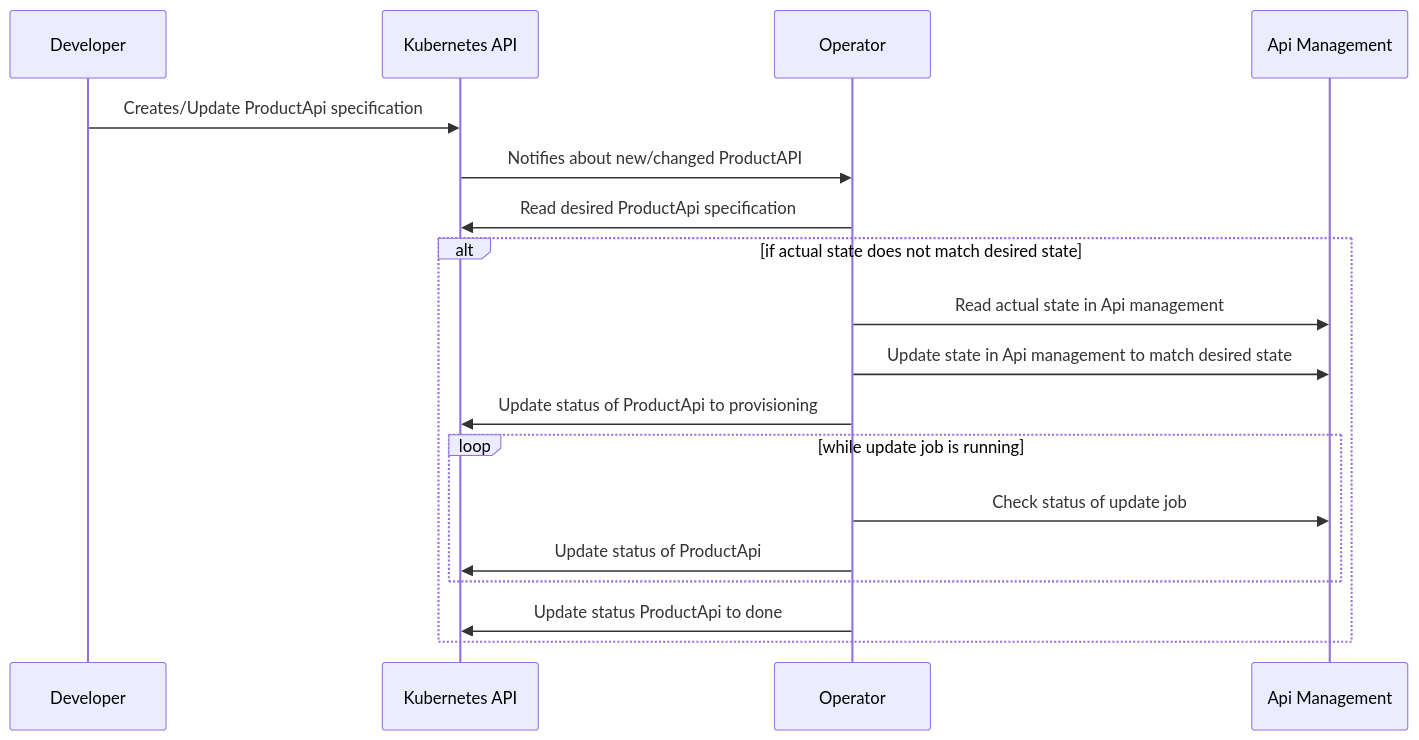
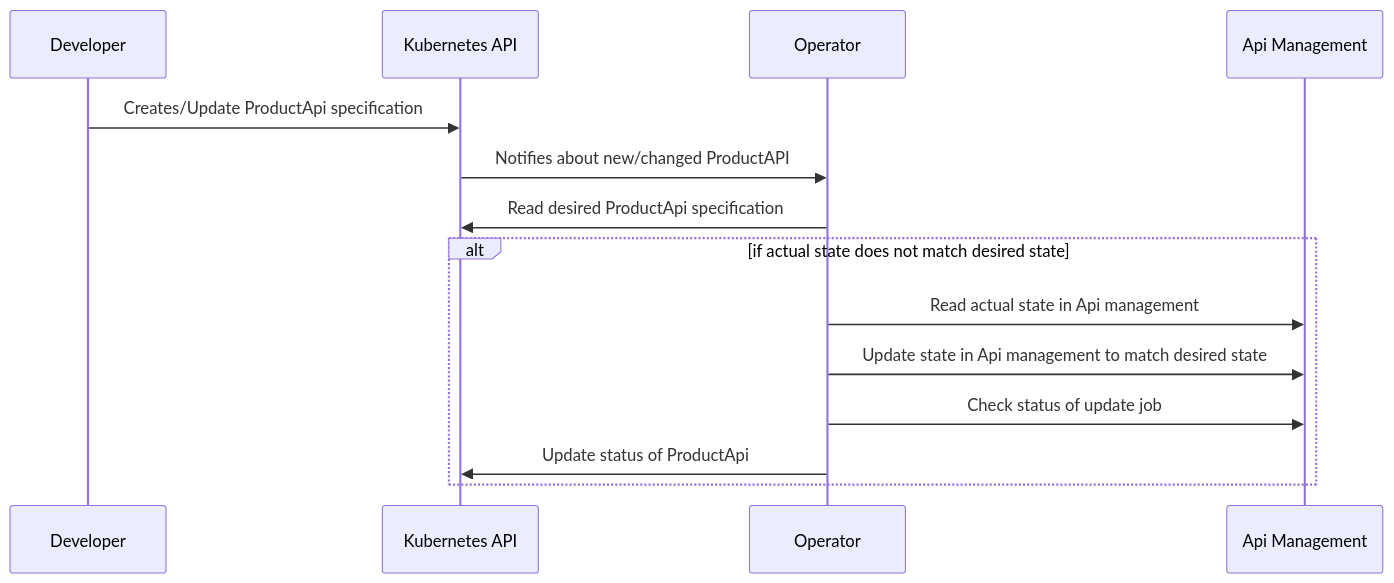
Before and after one commit to Altinn/altinn-platform: the second of 4 diagrams in rfcs/0000-operator-managed-apim-config.md, drawn with Mermaid. The commit also changed other lines of this file, not shown here.

Commit message:
fix: make the diagrams better reflect actual behavior and add simplified disclaimer

````diff
--- a/rfcs/0000-operator-managed-apim-config.md
+++ b/rfcs/0000-operator-managed-apim-config.md
@@ -141,20 +143,16 @@
 ```mermaid
 sequenceDiagram
 participant dev as Developer
 participant kapi as Kubernetes API
 participant ctrl as Operator
 participant apim as Api Management
 dev ->> kapi: Creates/Update ProductApi specification
 kapi ->> ctrl: Notifies about new/changed ProductAPI
 ctrl ->> kapi: Read desired ProductApi specification
 alt if actual state does not match desired state
   ctrl ->> apim: Read actual state in Api management
   ctrl ->> apim: Update state in Api management to match desired state
-  ctrl ->> kapi: Update status of ProductApi to provisioning
-  loop while update job is running
-    ctrl ->> apim: Check status of update job
-    ctrl ->> kapi: Update status of ProductApi
-  end
-  ctrl ->> kapi: Update status ProductApi to done
+  ctrl ->> apim: Check status of update job
+  ctrl ->> kapi: Update status of ProductApi
 end
 ```
````
